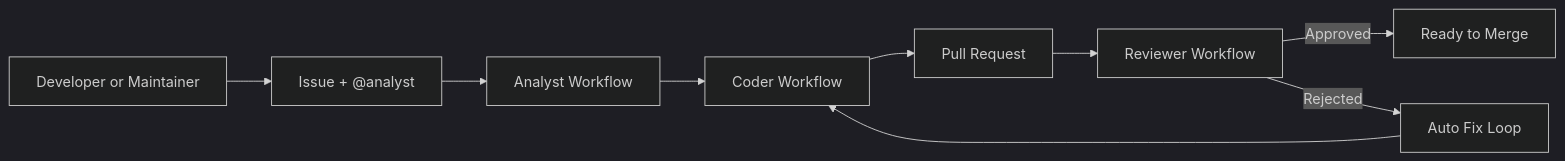
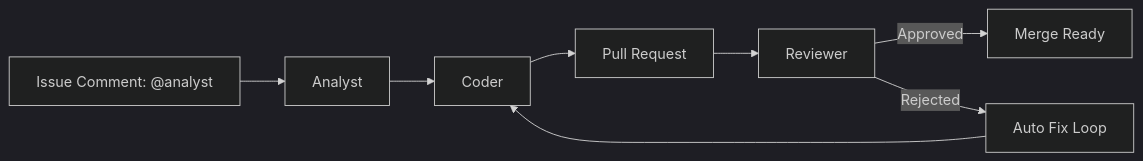
The first of 2 diagrams in README.md (BUZASLAN128/HiveMind-Actions), drawn with Mermaid (dark theme) before and after one commit. The commit also changed other lines of this file, not shown here.

````diff
--- a/README.md
+++ b/README.md
@@ -42,11 +40,10 @@
 ```mermaid
 flowchart LR
-    U[Developer or Maintainer] --> I[Issue + @analyst]
-    I --> A[Analyst Workflow]
-    A --> C[Coder Workflow]
+    U[Issue Comment: @analyst] --> A[Analyst]
+    A --> C[Coder]
     C --> PR[Pull Request]
-    PR --> R[Reviewer Workflow]
-    R -->|Approved| M[Ready to Merge]
-    R -->|Rejected| L[Auto Fix Loop]
-    L --> C
+    PR --> R[Reviewer]
+    R -->|Approved| M[Merge Ready]
+    R -->|Rejected| F[Auto Fix Loop]
+    F --> C
 ```
````
